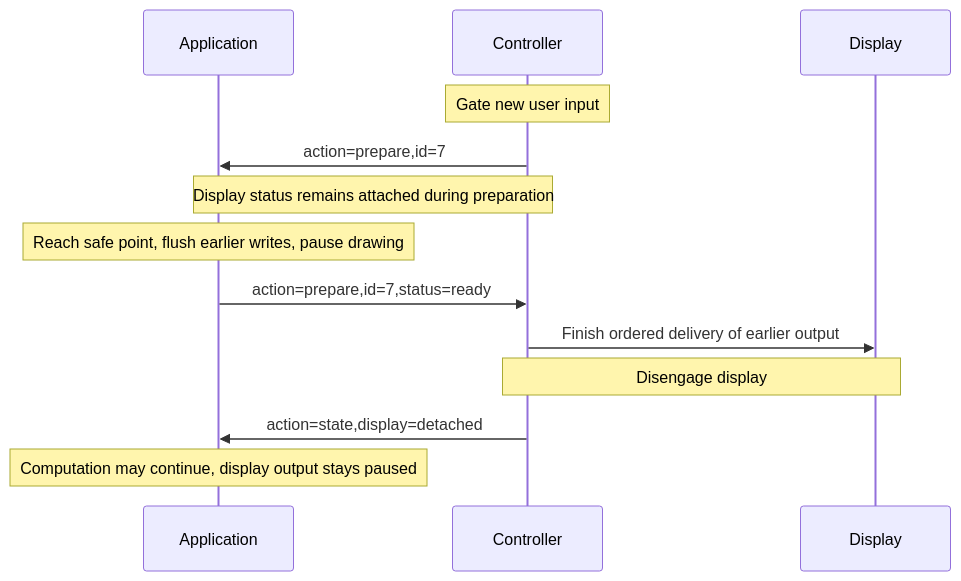
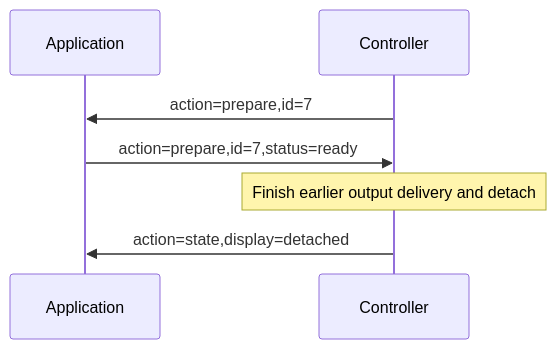
The fourth of 7 diagrams in docs/terminal-recovery-protocol-spec.md (claes/kittyplex), drawn with Mermaid before and after one commit. The commit also changed other lines of this file and 2 other files, not shown here.

Commit message:
Simplify state diagram etc

````diff
--- a/docs/terminal-recovery-protocol-spec.md
+++ b/docs/terminal-recovery-protocol-spec.md
@@ -227,15 +223,9 @@
 ```mermaid
 sequenceDiagram
     participant A as Application
     participant C as Controller
-    participant D as Display
-    Note over C: Gate new user input
     C->>A: action=prepare,id=7
-    Note over A,C: Display status remains attached during preparation
-    Note over A: Reach safe point, flush earlier writes, pause drawing
     A->>C: action=prepare,id=7,status=ready
-    C->>D: Finish ordered delivery of earlier output
-    Note over C,D: Disengage display
+    Note over C: Finish earlier output delivery and detach
     C->>A: action=state,display=detached
-    Note over A: Computation may continue, display output stays paused
 ```
````
